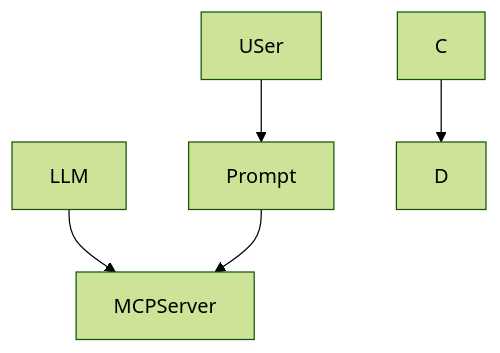
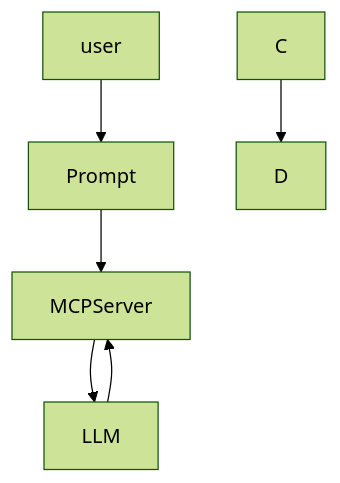
Before and after one commit to MaaeYeng2517/MCP-Server-All: the diagram in README.md, drawn with Mermaid (forest theme).

````diff
--- a/README.md
+++ b/README.md
@@ -14,7 +14,8 @@
 ```mermaid
 graph TD;
-    USer-->Prompt;
-    LLM-->MCPServer;
+    user-->Prompt;
+    MCPServer-->LLM;
+    LLM-->MCPServer
     Prompt-->MCPServer;
     C-->D;
 ```
````
